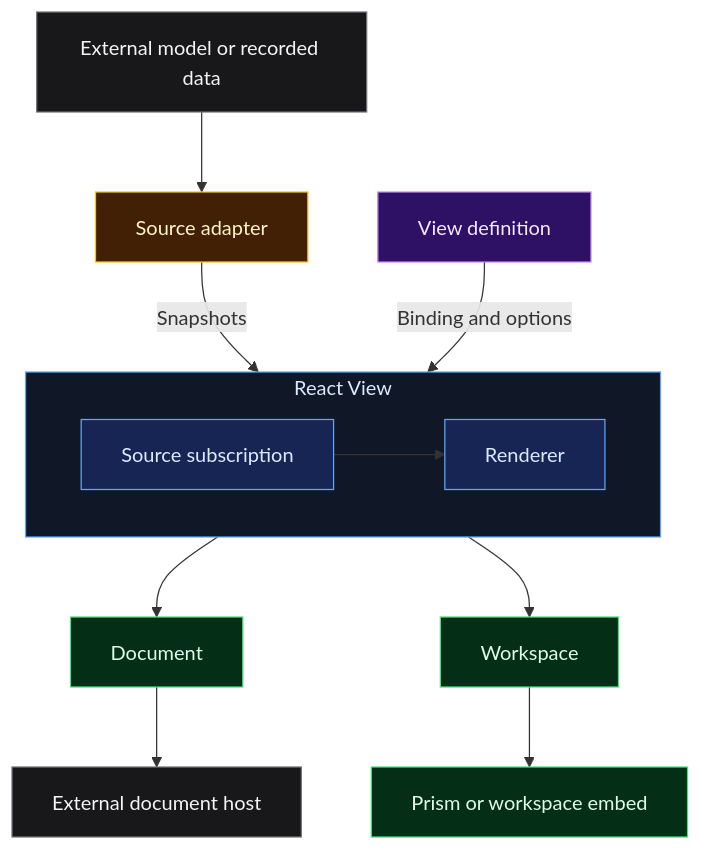
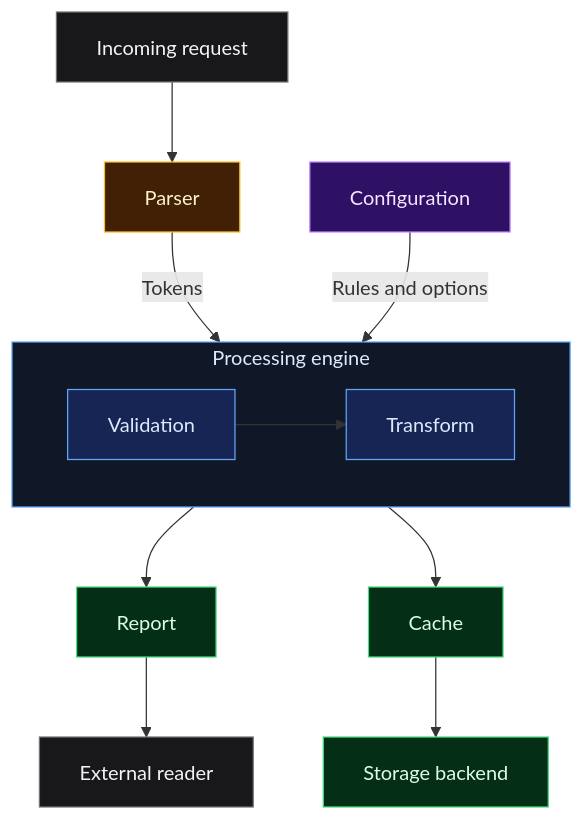
Diagram 42 of 43 in samples/markdown-check.md (ohkimur/umbre-theme), drawn with Mermaid before and after one commit. The commit also changed other lines of this file, not shown here.

Commit message:
test(markdown): use a generic diagram in the layout comparison

````diff
--- a/samples/markdown-check.md
+++ b/samples/markdown-check.md
@@ -1294,25 +1294,25 @@
 ```mermaid
 %%{init: {"flowchart": {"curve": "basis", "nodeSpacing": 56, "rankSpacing": 64, "padding": 16}}}%%
 flowchart TB
-  Data["External model or recorded data"] --> Source["Source adapter"]
-  Source -->|"Snapshots"| View
-  Definition["View definition"] -->|"Binding and options"| View
-  subgraph View["React View"]
-    Binding["Source subscription"] --> Renderer["Renderer"]
+  Input["Incoming request"] --> Parser["Parser"]
+  Parser -->|"Tokens"| Engine
+  Config["Configuration"] -->|"Rules and options"| Engine
+  subgraph Engine["Processing engine"]
+    Validate["Validation"] --> Transform["Transform"]
   end
-  View --> Document["Document"]
-  View --> Workspace["Workspace"]
-  Document --> Consumer["External document host"]
-  Workspace --> Prism["Prism or workspace embed"]
-  style View fill:#101827,stroke:#60a5fa,color:#dbeafe
+  Engine --> Report["Report"]
+  Engine --> Cache["Cache"]
+  Report --> Reader["External reader"]
+  Cache --> Store["Storage backend"]
+  style Engine fill:#101827,stroke:#60a5fa,color:#dbeafe
   classDef external fill:#18181b,stroke:#71717a,color:#f4f4f5
-  classDef host fill:#052e16,stroke:#4ade80,color:#dcfce7
-  classDef view fill:#172554,stroke:#60a5fa,color:#dbeafe
-  classDef core fill:#2e1065,stroke:#c084fc,color:#f3e8ff
-  classDef source fill:#422006,stroke:#fbbf24,color:#fef3c7
-  class Data,Consumer external
-  class Source source
-  class Definition core
-  class Binding,Renderer view
-  class Document,Workspace,Prism host
+  classDef output fill:#052e16,stroke:#4ade80,color:#dcfce7
+  classDef step fill:#172554,stroke:#60a5fa,color:#dbeafe
+  classDef config fill:#2e1065,stroke:#c084fc,color:#f3e8ff
+  classDef input fill:#422006,stroke:#fbbf24,color:#fef3c7
+  class Input,Reader external
+  class Parser input
+  class Config config
+  class Validate,Transform step
+  class Report,Cache,Store output
 ```
````
